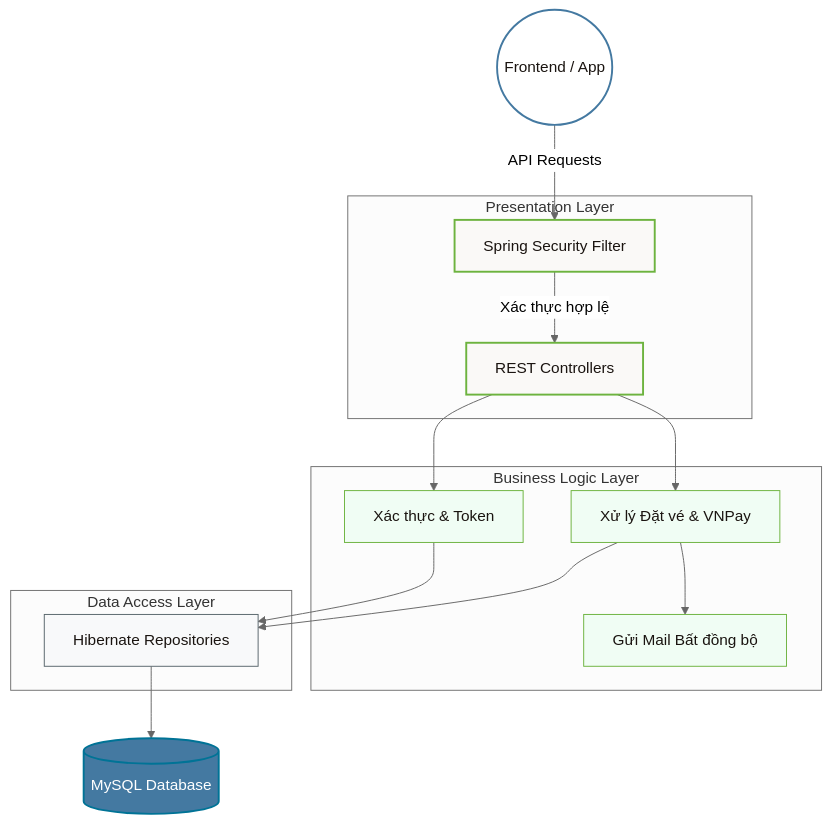
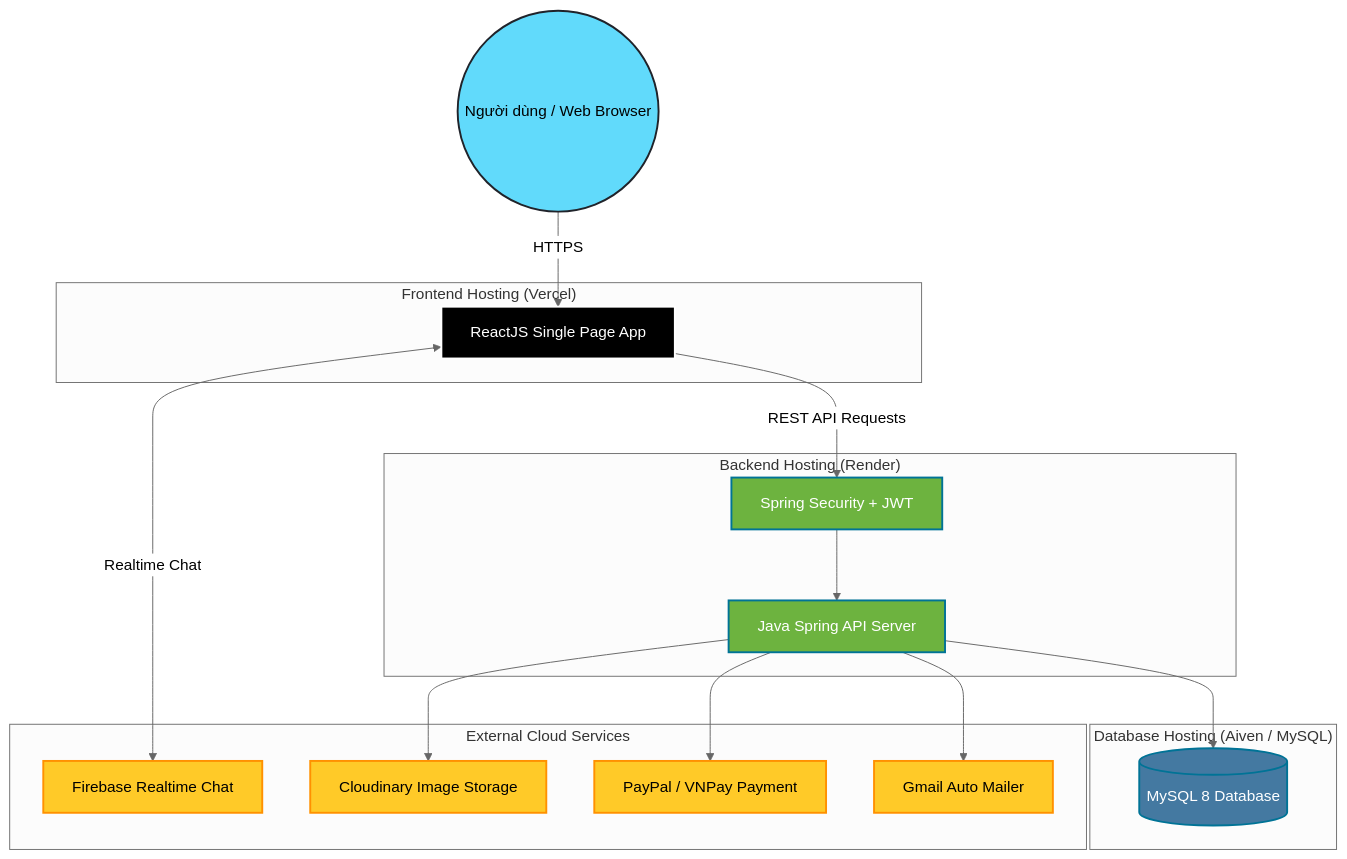
One commit to Tranloc12/DoAnNganhQuanLiXeKhach changed the diagram in README.md. Above: the diagram before and after it, drawn with Mermaid (neutral theme). The commit also changed other lines of this file, not shown here.

Commit message:
docs: update README.md with fullstack architecture, ReactJS frontend, Vercel/Render links

````diff
--- a/README.md
+++ b/README.md
@@ -59,38 +58,40 @@
 ```mermaid
 graph TD
-    %% Styling Definitions
-    classDef client fill:#ffffff,stroke:#4479A1,stroke-width:2px,color:#1a1410;
-    classDef controller fill:#faf9f7,stroke:#6DB33F,stroke-width:2px,color:#1a1410;
-    classDef service fill:#f0fdf4,stroke:#6DB33F,stroke-width:1px,color:#1a1410;
-    classDef repo fill:#f8f9fa,stroke:#59666C,stroke-width:1px,color:#1a1410;
+    classDef client fill:#61DAFB,stroke:#20232A,stroke-width:2px,color:#000000;
+    classDef frontend fill:#000000,stroke:#ffffff,stroke-width:2px,color:#ffffff;
+    classDef backend fill:#6DB33F,stroke:#007396,stroke-width:2px,color:#ffffff;
     classDef db fill:#4479A1,stroke:#007396,stroke-width:2px,color:#ffffff;
+    classDef ext fill:#FFCA28,stroke:#FF9100,stroke-width:2px,color:#000000;
     
-    Client((Frontend / App)):::client
+    User((Người dùng / Web Browser)):::client
     
-    subgraph presentation ["Presentation Layer"]
-        Security[Spring Security Filter]:::controller
-        API[REST Controllers]:::controller
+    subgraph cloud_fe ["Frontend Hosting (Vercel)"]
+        ReactApp[ReactJS Single Page App]:::frontend
     end
     
-    subgraph logic ["Business Logic Layer"]
-        AuthSvc[Xác thực & Token]:::service
-        BookingSvc[Xử lý Đặt vé & VNPay]:::service
-        MailSvc[Gửi Mail Bất đồng bộ]:::service
+    subgraph cloud_be ["Backend Hosting (Render)"]
+        SpringApp[Java Spring API Server]:::backend
+        Security[Spring Security + JWT]:::backend
     end
     
-    subgraph data_layer ["Data Access Layer"]
-        Hibernate[Hibernate Repositories]:::repo
+    subgraph cloud_db ["Database Hosting (Aiven / MySQL)"]
+        MySQL[(MySQL 8 Database)]:::db
     end
     
-    DB[(MySQL Database)]:::db
+    subgraph external_services ["External Cloud Services"]
+        Firebase[Firebase Realtime Chat]:::ext
+        Cloudinary[Cloudinary Image Storage]:::ext
+        PayPal[PayPal / VNPay Payment]:::ext
+        Gmail[Gmail Auto Mailer]:::ext
+    end
 
-    Client -->|API Requests| Security
-    Security -->|Xác thực hợp lệ| API
-    API --> AuthSvc
-    API --> BookingSvc
-    BookingSvc --> MailSvc
+    User -->|HTTPS| ReactApp
+    ReactApp -->|REST API Requests| Security
+    Security --> SpringApp
+    SpringApp --> MySQL
     
-    AuthSvc --> Hibernate
-    BookingSvc --> Hibernate
-    Hibernate --> DB
+    ReactApp <-->|Realtime Chat| Firebase
+    SpringApp --> Cloudinary
+    SpringApp --> PayPal
+    SpringApp --> Gmail
 ```
````
